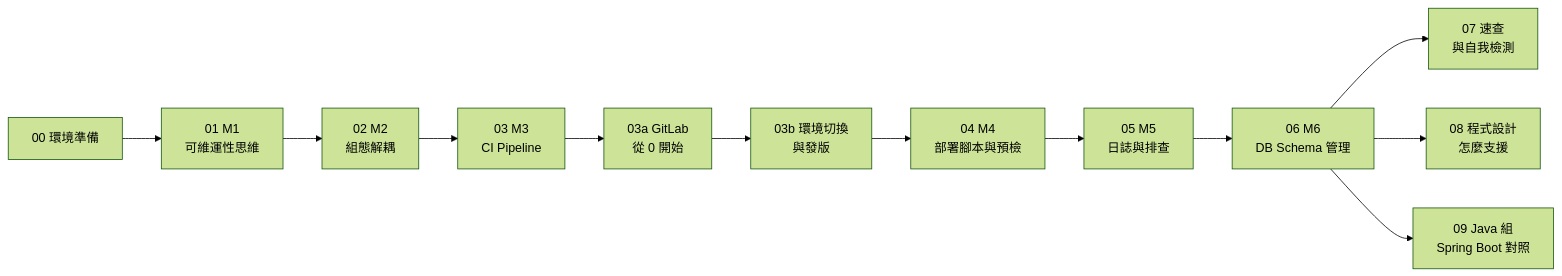
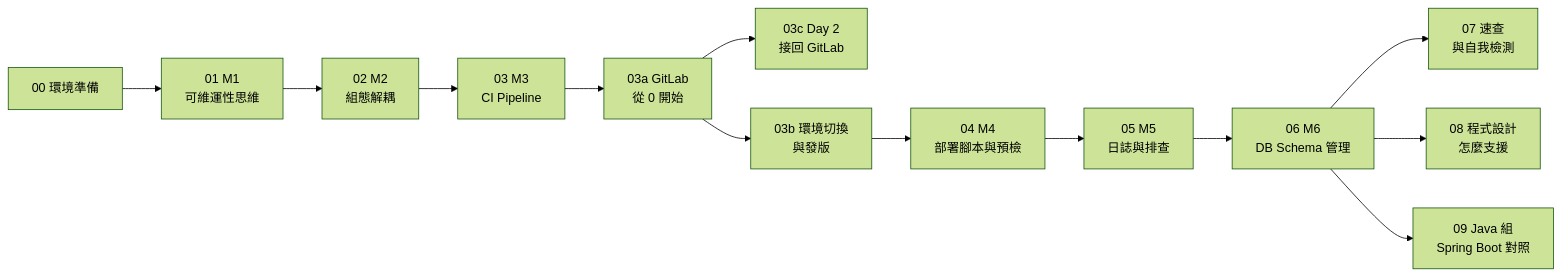
One commit to Lung-Yu/devops-lab changed the diagram in docs/README.md. Above: the diagram before and after it, drawn with Mermaid (forest theme). The commit also changed other lines of this file and 23 other files, not shown here.

First line of the commit message:
新增 03c：Day 2 接回自己的 GitLab 和 Runner（附截圖）

````diff
--- a/docs/README.md
+++ b/docs/README.md
@@ -20,14 +20,15 @@
 ```mermaid
 flowchart LR
   S[00 環境準備] --> M1[01 M1<br/>可維運性思維]
   M1 --> M2[02 M2<br/>組態解耦]
   M2 --> M3[03 M3<br/>CI Pipeline]
   M3 --> M3a[03a GitLab<br/>從 0 開始]
+  M3a --> M3c[03c Day 2<br/>接回 GitLab]
   M3a --> M3b[03b 環境切換<br/>與發版]
   M3b --> M4[04 M4<br/>部署腳本與預檢]
   M4 --> M5[05 M5<br/>日誌與排查]
   M5 --> M6[06 M6<br/>DB Schema 管理]
   M6 --> R[07 速查<br/>與自我檢測]
   M6 --> D[08 程式設計<br/>怎麼支援]
   M6 --> J[09 Java 組<br/>Spring Boot 對照]
 ```
````
